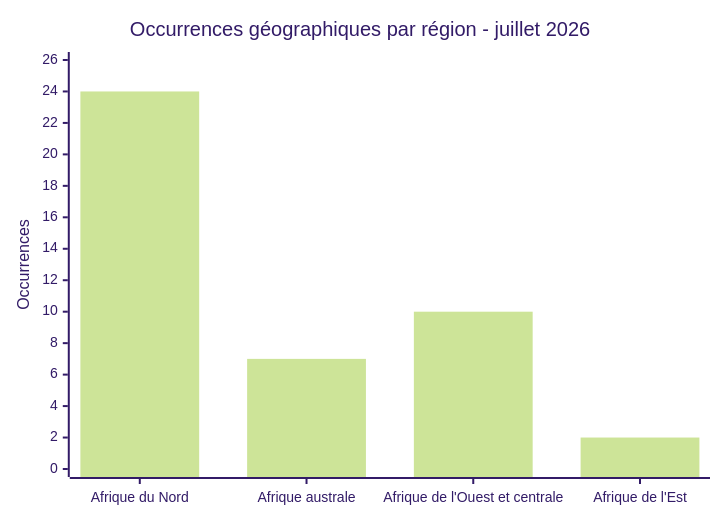
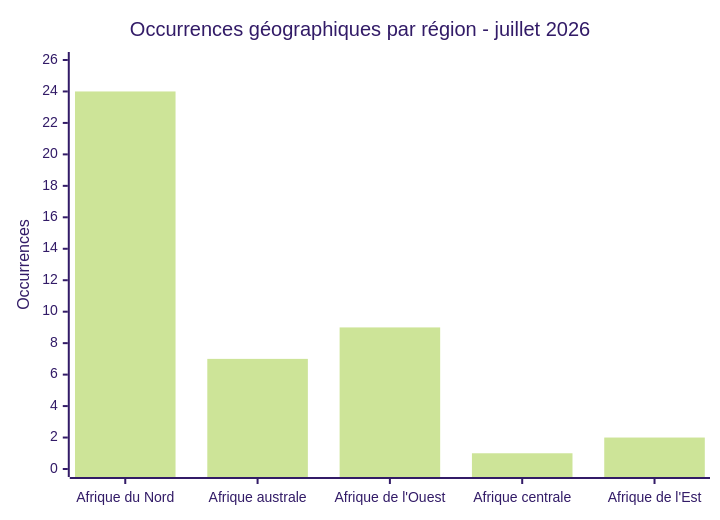
One commit to Hatchepsoute/AFRINTEL changed the fifth of 8 diagrams in CyberAttackAfrica/2026/07-july/README_FR.md. Above: the diagram before and after it, drawn with Mermaid (forest theme). The commit also changed other lines of this file and 109 other files, not shown here.

````diff
--- a/CyberAttackAfrica/2026/07-july/README_FR.md
+++ b/CyberAttackAfrica/2026/07-july/README_FR.md
@@ -172,7 +173,7 @@
 ```mermaid
 xychart
     title "Occurrences géographiques par région - juillet 2026"
-    x-axis ["Afrique du Nord","Afrique australe","Afrique de l'Ouest et centrale","Afrique de l'Est"]
+    x-axis ["Afrique du Nord","Afrique australe","Afrique de l'Ouest","Afrique centrale","Afrique de l'Est"]
     y-axis "Occurrences" 0 --> 26
-    bar [24,7,10,2]
+    bar [24,7,9,1,2]
 ```
````
